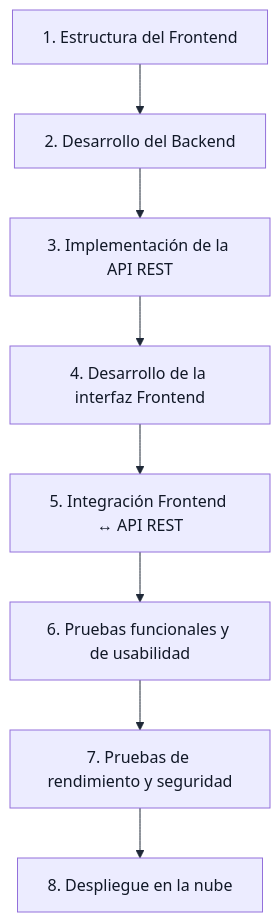
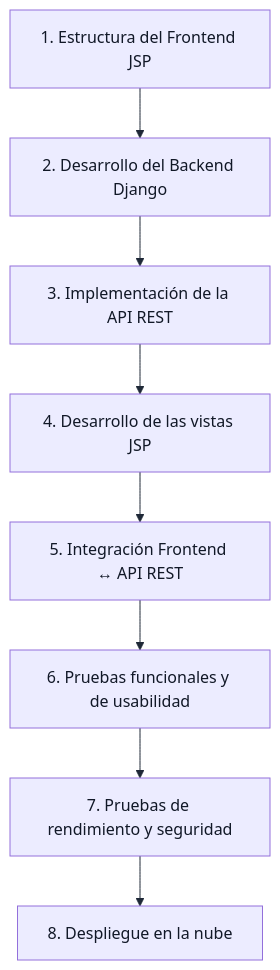
Before and after one commit to Darksam03/RuralConecta-ProyectoWeb: the eighth of 8 diagrams in docs/arquitectura/estructura-frontend.md, drawn with Mermaid. The commit also changed other lines of this file and 4 other files, not shown here.

````diff
--- a/docs/arquitectura/estructura-frontend.md
+++ b/docs/arquitectura/estructura-frontend.md
@@ -799,11 +741,11 @@
 ```mermaid
 %%{init: {'themeVariables': {'textColor':'#111827','primaryTextColor':'#111827','primaryColor':'#eef2f7','primaryBorderColor':'#1f2937','lineColor':'#1f2937','secondaryColor':'#eef2f7','tertiaryColor':'#f3f4f6','edgeLabelBackground':'#ffffff'}}}%%
 flowchart TD
-    S1["1. Estructura del Frontend"] --> S2["2. Desarrollo del Backend"]
+    S1["1. Estructura del Frontend JSP"] --> S2["2. Desarrollo del Backend Django"]
     S2 --> S3["3. Implementación de la API REST"]
-    S3 --> S4["4. Desarrollo de la interfaz Frontend"]
+    S3 --> S4["4. Desarrollo de las vistas JSP"]
     S4 --> S5["5. Integración Frontend ↔ API REST"]
     S5 --> S6["6. Pruebas funcionales y de usabilidad"]
     S6 --> S7["7. Pruebas de rendimiento y seguridad"]
     S7 --> S8["8. Despliegue en la nube"]
 ```
````
